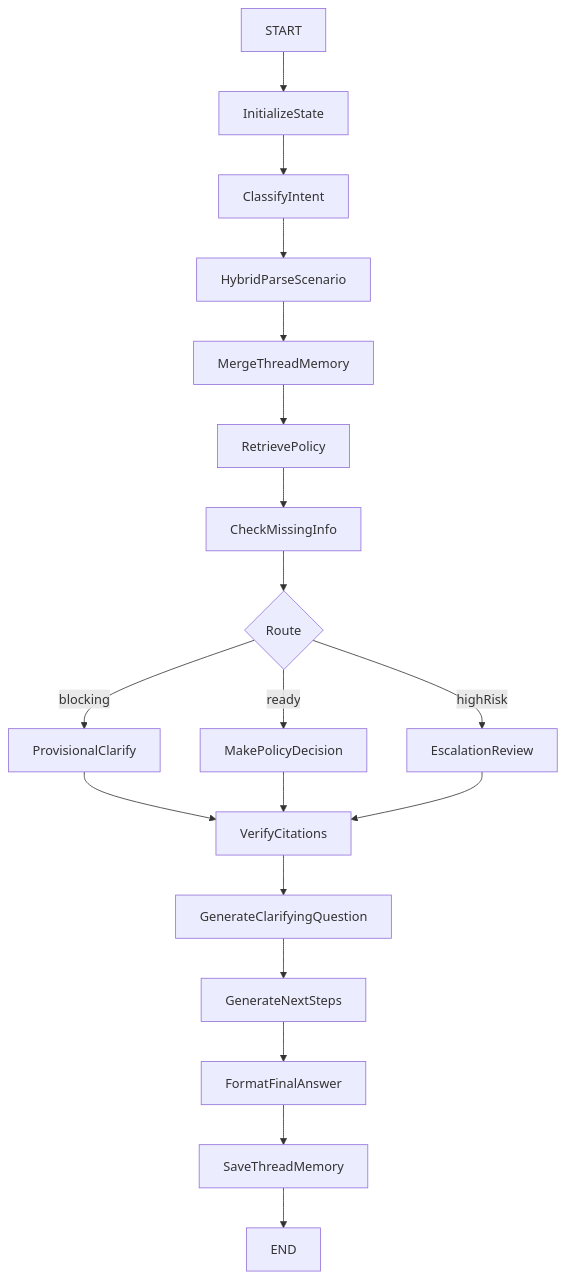
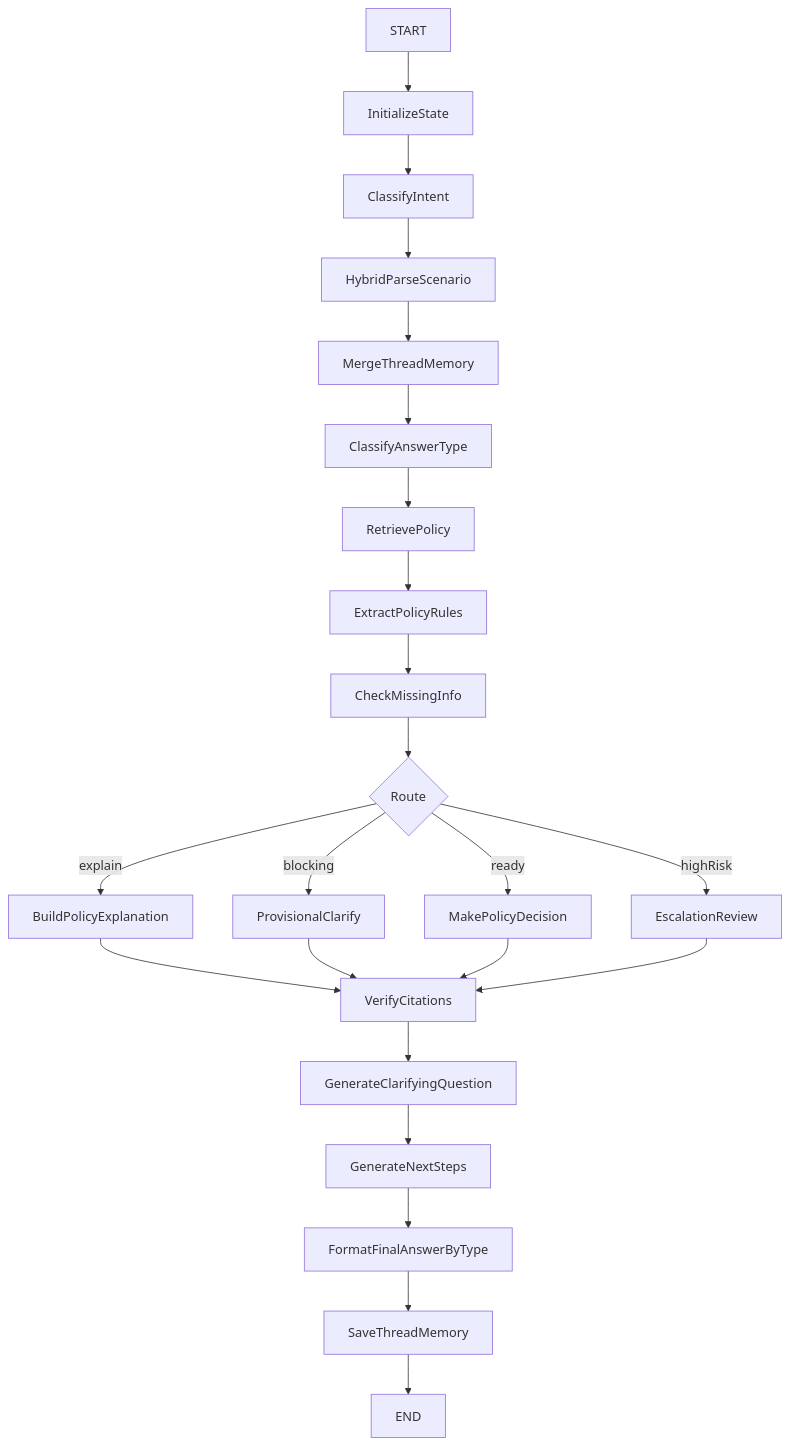
The second of 2 diagrams in reports/architecture.md (sybase91/policy-rag-assistant), drawn with Mermaid before and after one commit. The commit also changed other lines of this file and 17 other files, not shown here.

Commit message:
Improve grounded answer quality for PolicyOps Agent

````diff
--- a/reports/architecture.md
+++ b/reports/architecture.md
@@ -32,21 +32,25 @@
 ```mermaid
 flowchart TD
     startNode[START] --> initState[InitializeState]
     initState --> intentNode[ClassifyIntent]
     intentNode --> parseNode[HybridParseScenario]
     parseNode --> memoryNode[MergeThreadMemory]
-    memoryNode --> retrieveNode[RetrievePolicy]
-    retrieveNode --> missingNode[CheckMissingInfo]
+    memoryNode --> answerTypeNode[ClassifyAnswerType]
+    answerTypeNode --> retrieveNode[RetrievePolicy]
+    retrieveNode --> extractRulesNode[ExtractPolicyRules]
+    extractRulesNode --> missingNode[CheckMissingInfo]
     missingNode --> routerNode{Route}
+    routerNode -->|explain| explainNode[BuildPolicyExplanation]
     routerNode -->|blocking| clarifyNode[ProvisionalClarify]
     routerNode -->|ready| decideNode[MakePolicyDecision]
     routerNode -->|highRisk| escalateNode[EscalationReview]
-    clarifyNode --> verifyNode[VerifyCitations]
+    explainNode --> verifyNode[VerifyCitations]
+    clarifyNode --> verifyNode
     decideNode --> verifyNode
     escalateNode --> verifyNode
     verifyNode --> clarifyQ[GenerateClarifyingQuestion]
     clarifyQ --> nextNode[GenerateNextSteps]
-    nextNode --> formatNode[FormatFinalAnswer]
+    nextNode --> formatNode[FormatFinalAnswerByType]
     formatNode --> saveNode[SaveThreadMemory]
     saveNode --> endNode[END]
 ```
````
